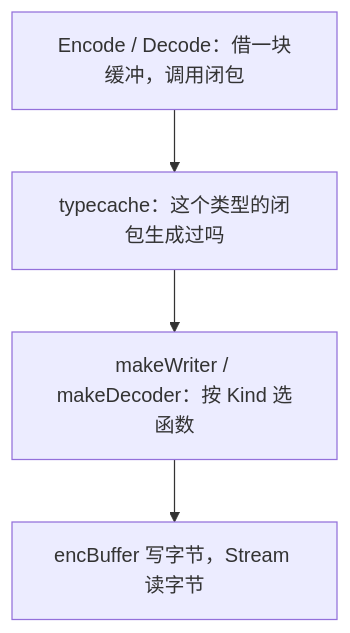
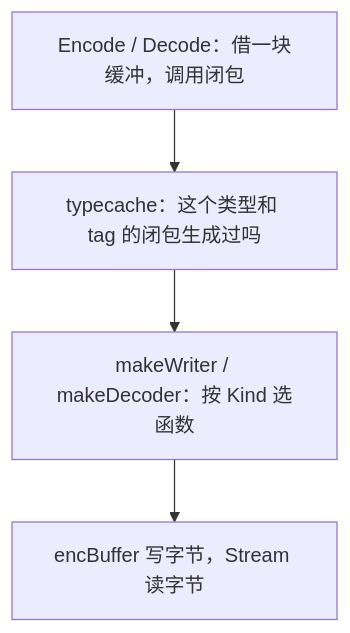
The fifth of 8 diagrams in rlp/LEARNING.md (lirui311012/go-ethereum), drawn with Mermaid before and after one commit. The commit also changed other lines of this file, not shown here.

````diff
--- a/rlp/LEARNING.md
+++ b/rlp/LEARNING.md
@@ -193,8 +193,8 @@
 ```mermaid
 flowchart TD
     entry["Encode / Decode：借一块缓冲，调用闭包"]
-    cache["typecache：这个类型的闭包生成过吗"]
+    cache["typecache：这个类型和 tag 的闭包生成过吗"]
     make["makeWriter / makeDecoder：按 Kind 选函数"]
     bytes["encBuffer 写字节，Stream 读字节"]
     entry --> cache --> make --> bytes
 ```
````
